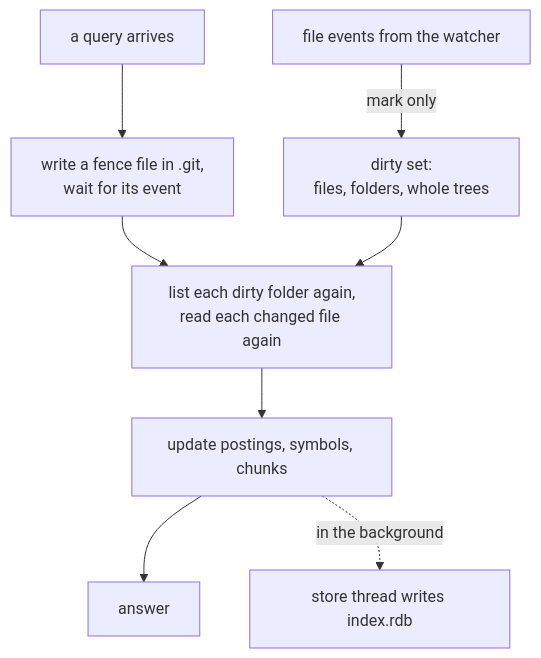
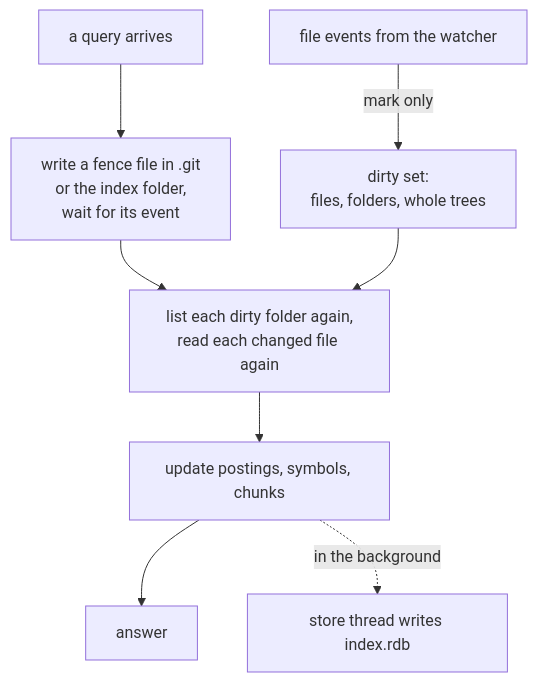
The fourth of 4 diagrams in docs/architecture.md (Black-Rainbow-Labs/atrius-index), drawn with Mermaid before and after one commit. The commit also changed other lines of this file and 5 other files, not shown here.

First line of the commit message:
The fence of a folder with no .git is written in the index folder, not in the folder (Unluminous task-2370)

````diff
--- a/docs/architecture.md
+++ b/docs/architecture.md
@@ -163,10 +163,10 @@
 ```mermaid
 flowchart TB
     E["file events from the watcher"] -->|"mark only"| D["dirty set:<br/>files, folders, whole trees"]
-    Q["a query arrives"] --> FE["write a fence file in .git,<br/>wait for its event"]
+    Q["a query arrives"] --> FE["write a fence file in .git<br/>or the index folder,<br/>wait for its event"]
     FE --> R["list each dirty folder again,<br/>read each changed file again"]
     D --> R
     R --> U["update postings, symbols, chunks"]
     U --> A["answer"]
     U -.->|"in the background"| ST["store thread writes index.rdb"]
 ```
````
